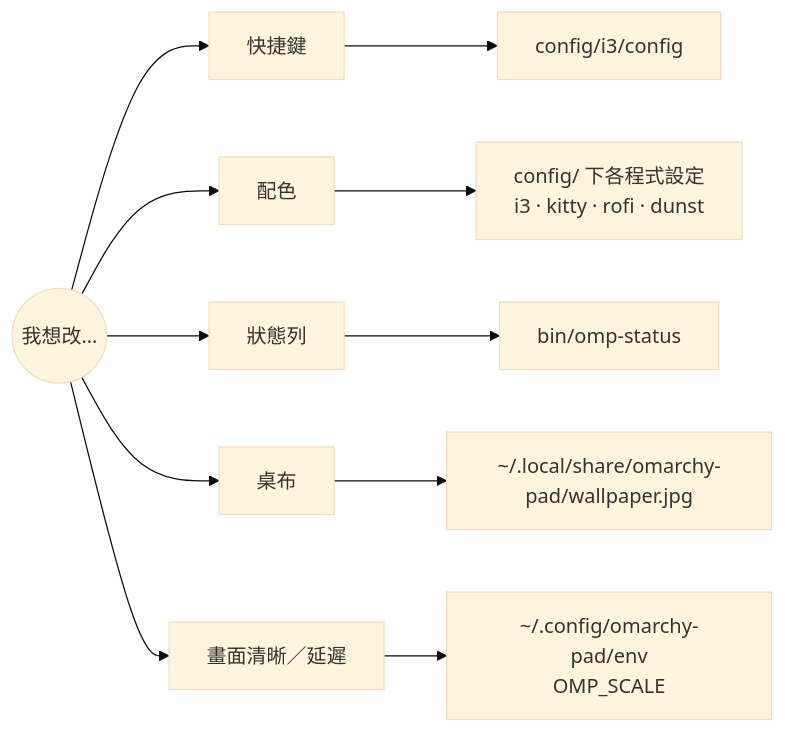
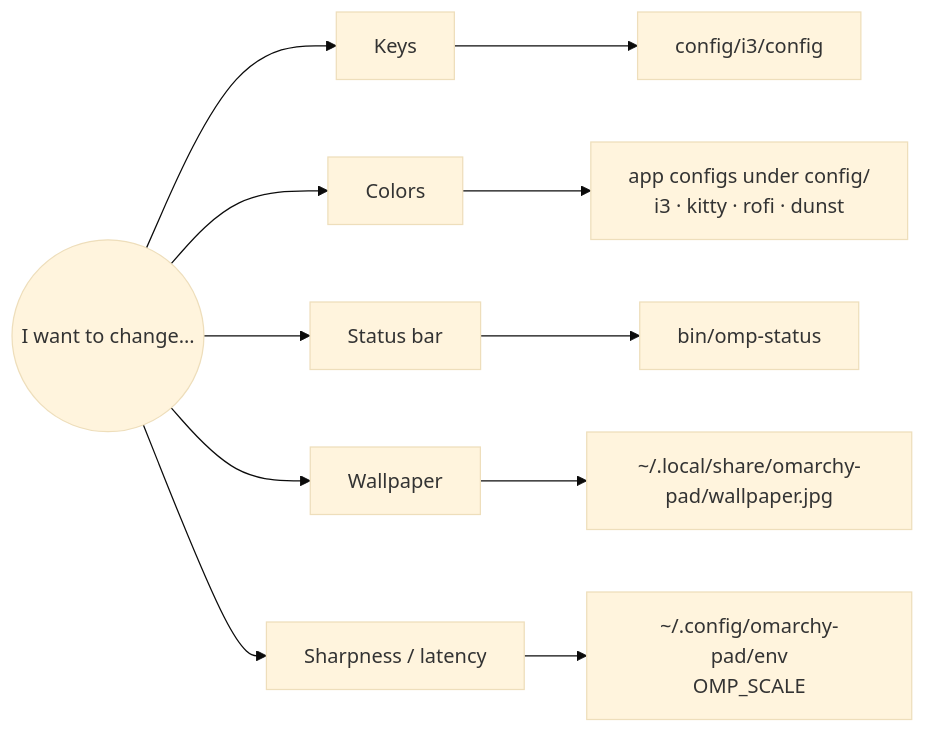
One commit to ian902792/omarchy-pad changed the sixth of 7 diagrams in README.md. Above: the diagram before and after it, drawn with Mermaid (base theme). The commit also changed other lines of this file and 1 other file, not shown here.

````diff
--- a/README.md
+++ b/README.md
@@ -163,9 +163,9 @@
 ```mermaid
 flowchart LR
-    Me(("我想改…"))
-    Me --> K["快捷鍵"] --> f1["config/i3/config"]
-    Me --> C["配色"] --> f2["config/ 下各程式設定<br>i3 · kitty · rofi · dunst"]
-    Me --> B["狀態列"] --> f3["bin/omp-status"]
-    Me --> W["桌布"] --> f4["~/.local/share/omarchy-pad/wallpaper.jpg"]
-    Me --> R["畫面清晰／延遲"] --> f5["~/.config/omarchy-pad/env<br>OMP_SCALE"]
+    Me(("I want to change…"))
+    Me --> K["Keys"] --> f1["config/i3/config"]
+    Me --> C["Colors"] --> f2["app configs under config/<br>i3 · kitty · rofi · dunst"]
+    Me --> B["Status bar"] --> f3["bin/omp-status"]
+    Me --> W["Wallpaper"] --> f4["~/.local/share/omarchy-pad/wallpaper.jpg"]
+    Me --> R["Sharpness / latency"] --> f5["~/.config/omarchy-pad/env<br>OMP_SCALE"]
 ```
````
